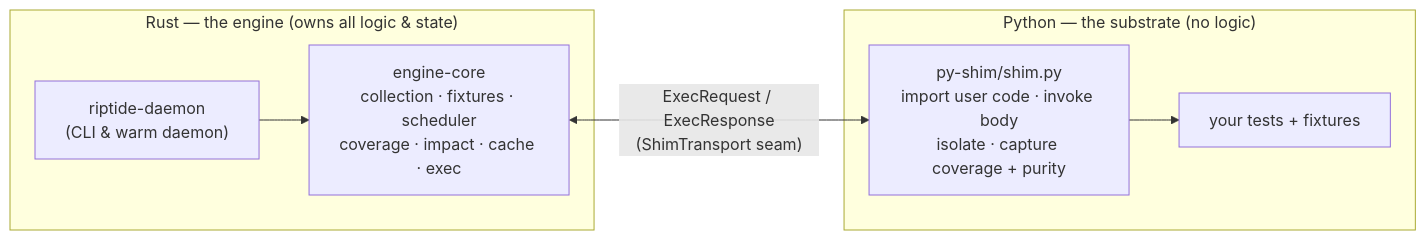
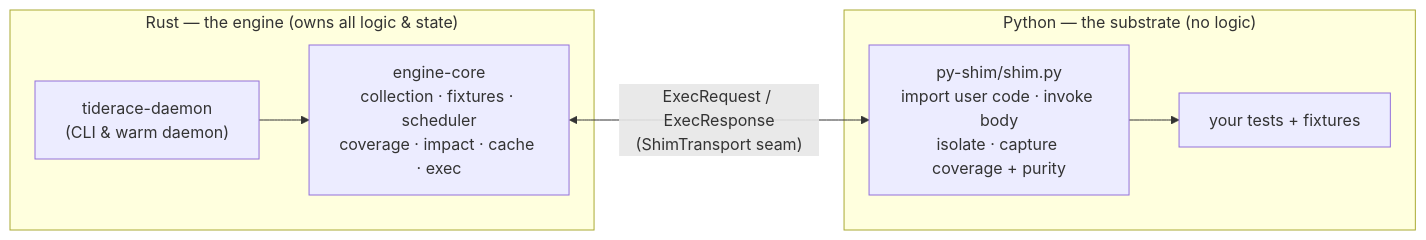
The first of 4 diagrams in docs/design/architecture.md (snoodleboot-io/tiderace), drawn with Mermaid before and after one commit. The commit also changed other lines of this file and 122 other files, not shown here.

First line of the commit message:
rename: riptide -> tiderace across the whole product (#17)

````diff
--- a/docs/design/architecture.md
+++ b/docs/design/architecture.md
@@ -14,16 +14,16 @@
 ```mermaid
 flowchart LR
     subgraph rust["Rust — the engine (owns all logic & state)"]
-        CLI["riptide-daemon<br/>(CLI &amp; warm daemon)"]
+        CLI["tiderace-daemon<br/>(CLI &amp; warm daemon)"]
         CORE["engine-core<br/>collection · fixtures · scheduler<br/>coverage · impact · cache · exec"]
         CLI --> CORE
     end
 
     subgraph py["Python — the substrate (no logic)"]
         SHIM["py-shim/shim.py<br/>import user code · invoke body<br/>isolate · capture coverage + purity"]
         USER["your tests + fixtures"]
         SHIM --> USER
     end
 
     CORE <-->|"ExecRequest / ExecResponse<br/>(ShimTransport seam)"| SHIM
 ```
````
